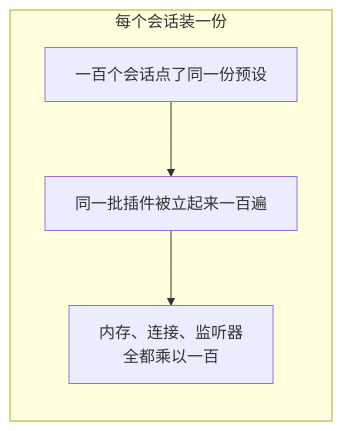
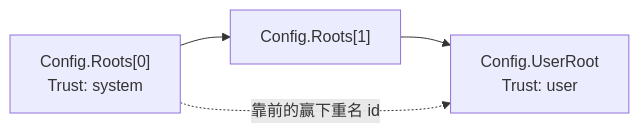
The fourth of 25 diagrams in docs/modules/presets.md (snight1983/ds-harness-go), drawn with Mermaid before and after one commit. The commit also changed other lines of this file and 25 other files, not shown here.

````diff
--- a/docs/modules/presets.md
+++ b/docs/modules/presets.md
@@ -67,7 +95,5 @@
 ```mermaid
 flowchart LR
-    subgraph BAD["每个会话装一份"]
-        A1["一百个会话点了同一份预设"] --> A2["同一批插件被立起来一百遍"]
-        A2 --> A3["内存、连接、监听器<br/>全都乘以一百"]
-    end
+    R1["Config.Roots[0]<br/>Trust: system"] --> R2["Config.Roots[1]"] --> R3["Config.UserRoot<br/>Trust: user"]
+    R1 -.->|"靠前的赢下重名 id"| R3
 ```
````
